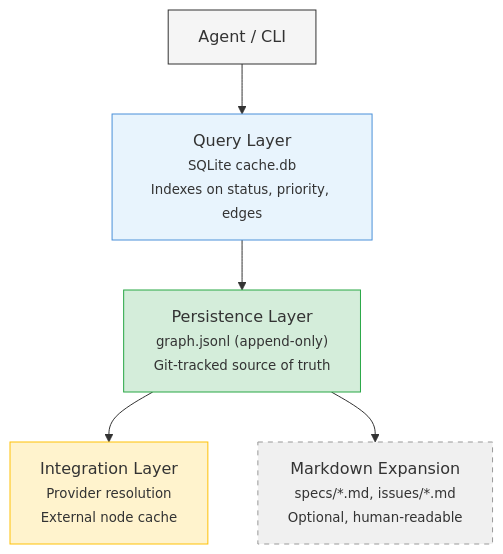
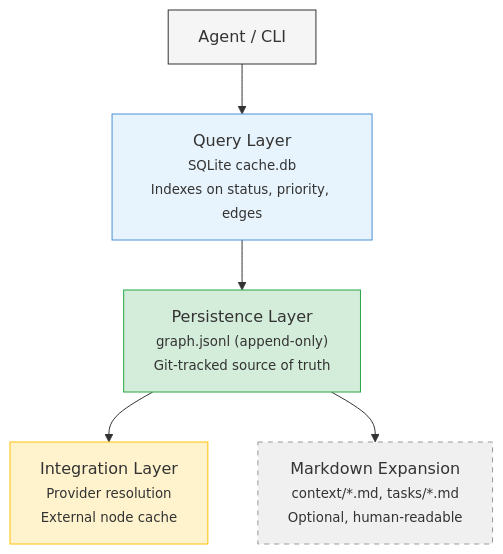
Before and after one commit to alexngai/opentasks: the third of 5 diagrams in README.md, drawn with Mermaid. The commit also changed other lines of this file and 90 other files, not shown here.

First line of the commit message:
Rename core namespaces: specs→context, issues→tasks

````diff
--- a/README.md
+++ b/README.md
@@ -220,13 +220,13 @@
 ```mermaid
 graph TB
     A["Agent / CLI"] --> Q["Query Layer<br/><small>SQLite cache.db</small><br/><small>Indexes on status, priority, edges</small>"]
     Q --> P["Persistence Layer<br/><small>graph.jsonl (append-only)</small><br/><small>Git-tracked source of truth</small>"]
     P --> I["Integration Layer<br/><small>Provider resolution</small><br/><small>External node cache</small>"]
-    P --> MD["Markdown Expansion<br/><small>specs/*.md, issues/*.md</small><br/><small>Optional, human-readable</small>"]
+    P --> MD["Markdown Expansion<br/><small>context/*.md, tasks/*.md</small><br/><small>Optional, human-readable</small>"]
 
     style A fill:#f5f5f5,stroke:#333
     style Q fill:#e8f4fd,stroke:#4a90d9
     style P fill:#d4edda,stroke:#28a745
     style I fill:#fff3cd,stroke:#ffc107
     style MD fill:#f0f0f0,stroke:#999,stroke-dasharray: 5 5
 ```
````
